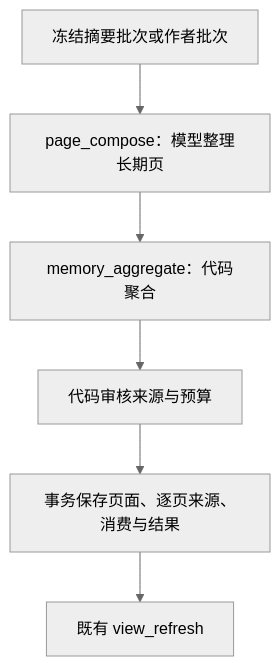
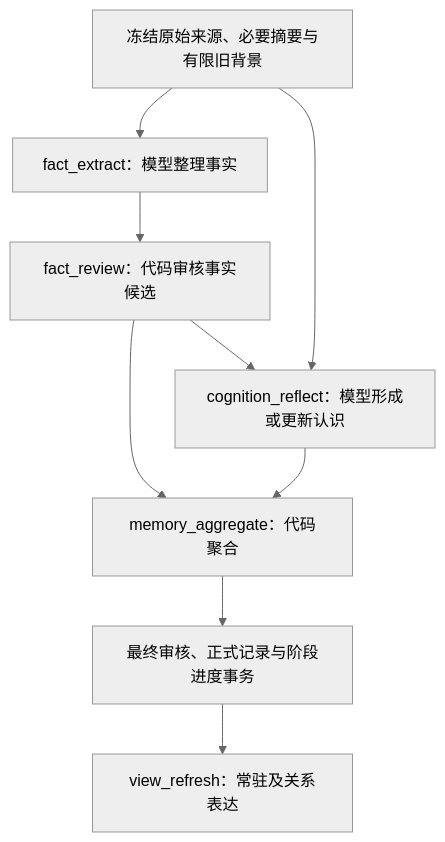
One commit to Weilan0811/echo-commons changed the diagram in server/docs/design/reflection/memory-organize.md. Above: the diagram before and after it, drawn with Mermaid (neutral theme). The commit also changed other lines of this file and 25 other files, not shown here.

Commit message:
docs: redefine memory and reflection around facts and cognition

````diff
--- a/server/docs/design/reflection/memory-organize.md
+++ b/server/docs/design/reflection/memory-organize.md
@@ -13,8 +13,11 @@
 ```mermaid
 flowchart TD
-    B[冻结摘要批次或作者批次] --> P[page_compose：模型整理长期页]
-    P --> A[memory_aggregate：代码聚合]
-    A --> R[代码审核来源与预算]
-    R --> W[事务保存页面、逐页来源、消费与结果]
-    W --> V[既有 view_refresh]
+    B[冻结原始来源、必要摘要与有限旧背景] --> F[fact_extract：模型整理事实]
+    F --> R[fact_review：代码审核事实候选]
+    R --> C[cognition_reflect：模型形成或更新认识]
+    B --> C
+    R --> A[memory_aggregate：代码聚合]
+    C --> A
+    A --> W[最终审核、正式记录与阶段进度事务]
+    W --> V[view_refresh：常驻及关系表达]
 ```
````
